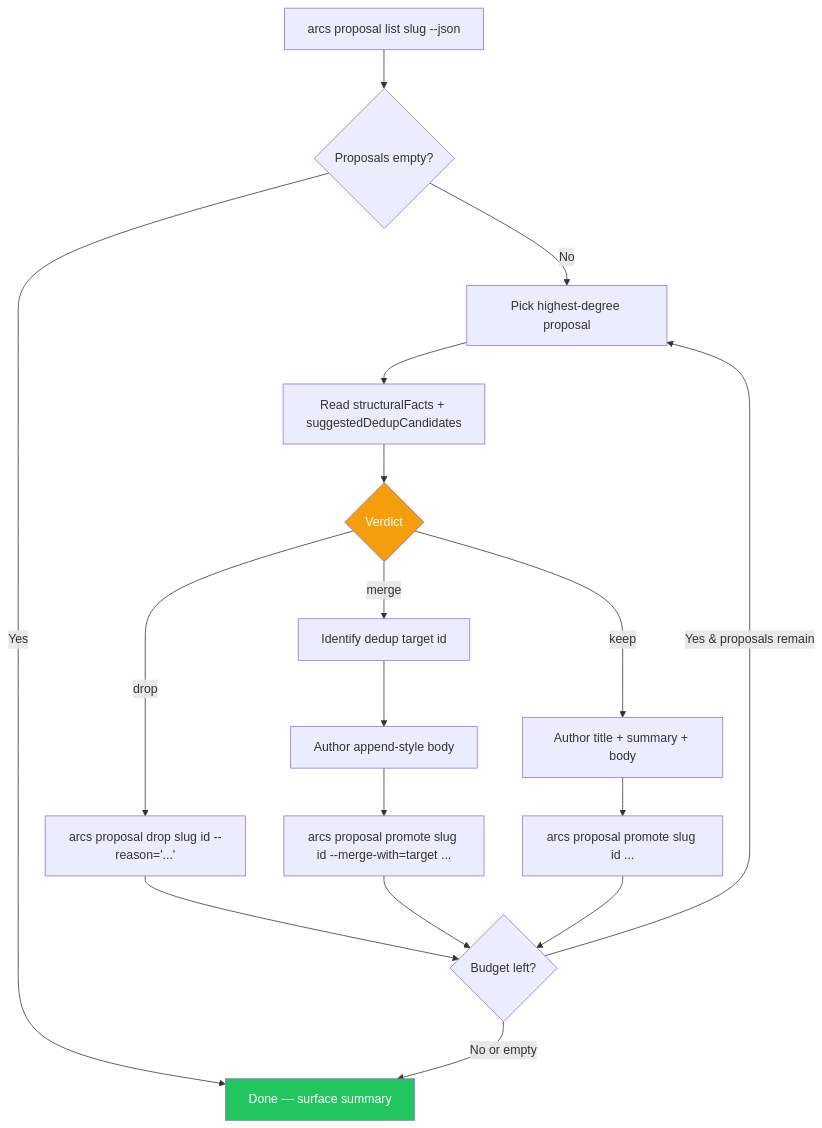
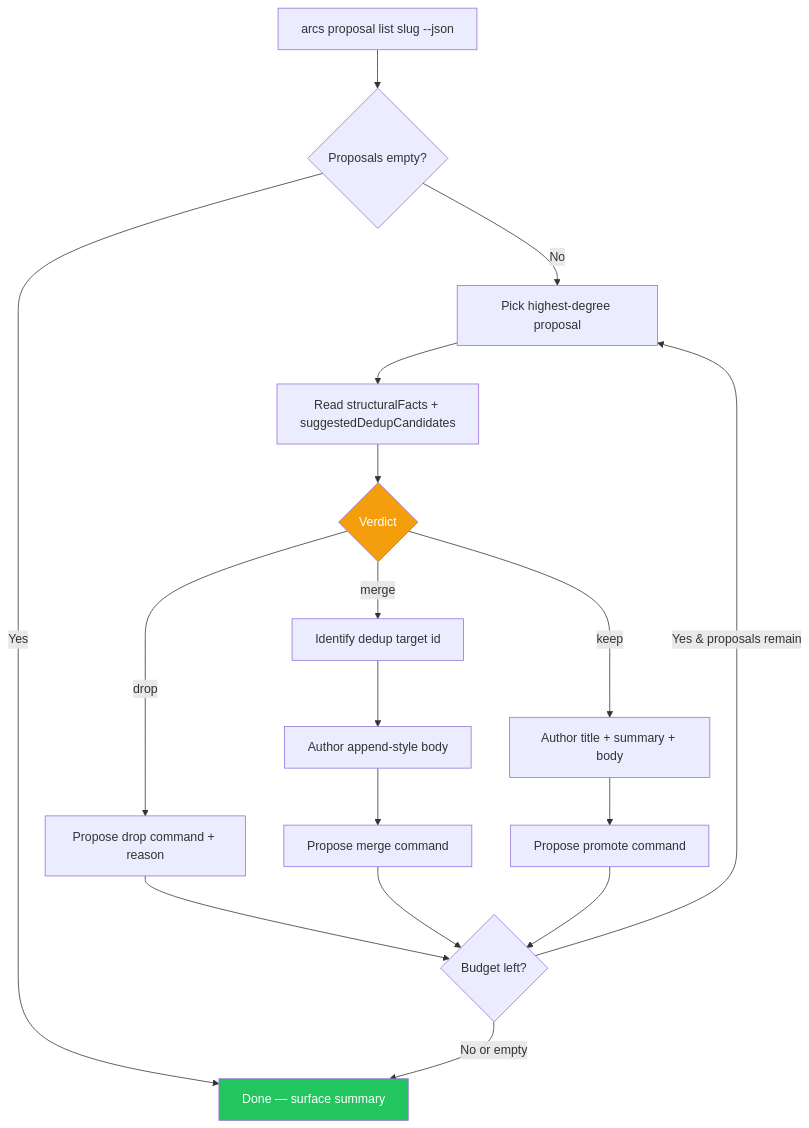
One commit to rryando/arcs changed the diagram in opencode/arcs/skills/enriching-codegraph-proposals/SKILL.md. Above: the diagram before and after it, drawn with Mermaid. The commit also changed other lines of this file and 70 other files, not shown here.

````diff
--- a/opencode/arcs/skills/enriching-codegraph-proposals/SKILL.md
+++ b/opencode/arcs/skills/enriching-codegraph-proposals/SKILL.md
@@ -20,24 +20,24 @@
 ```mermaid
 flowchart TD
     classDef decision fill:#f59e0b,color:#fff
     classDef terminal fill:#22c55e,color:#fff
 
     A[arcs proposal list slug --json] --> B{Proposals empty?}
     B -->|Yes| Done[Done — surface summary]:::terminal
     B -->|No| C[Pick highest-degree proposal]
     C --> D[Read structuralFacts + suggestedDedupCandidates]
     D --> E{Verdict}:::decision
-    E -->|drop| F[arcs proposal drop slug id --reason='...']
+    E -->|drop| F[Propose drop command + reason]
     E -->|keep| G[Author title + summary + body]
     E -->|merge| H[Identify dedup target id]
     H --> I[Author append-style body]
-    I --> J[arcs proposal promote slug id --merge-with=target ...]
-    G --> K[arcs proposal promote slug id ...]
+    I --> J[Propose merge command]
+    G --> K[Propose promote command]
     F --> L{Budget left?}
     J --> L
     K --> L
     L -->|Yes & proposals remain| C
     L -->|No or empty| Done
 
     class E decision
 ```
````
